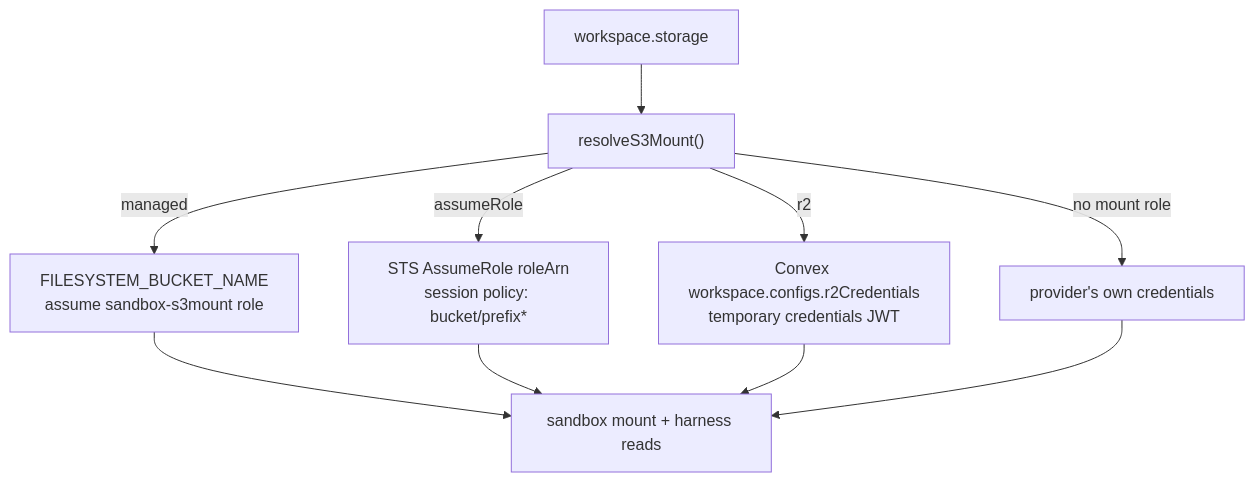
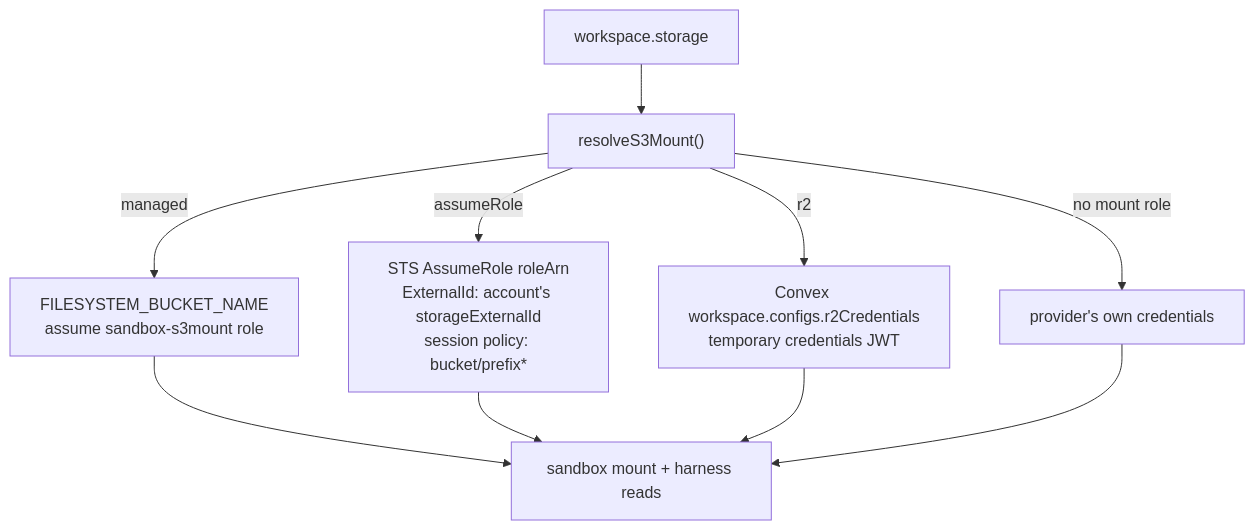
One commit to beeblastco/broods changed the fourth of 8 diagrams in apps/docs/docs/internals/storage.md. Above: the diagram before and after it, drawn with Mermaid. The commit also changed other lines of this file and 32 other files, not shown here.

First line of the commit message:
fix(workspace)!: Broods assigns the S3 assumeRole external id per account

````diff
--- a/apps/docs/docs/internals/storage.md
+++ b/apps/docs/docs/internals/storage.md
@@ -73,12 +73,12 @@
 ```mermaid
 flowchart TD
   Storage["workspace.storage"] --> Resolve["resolveS3Mount()"]
   Resolve -->|"managed"| Managed["FILESYSTEM_BUCKET_NAME<br/>assume sandbox-s3mount role"]
-  Resolve -->|"assumeRole"| STS["STS AssumeRole roleArn<br/>session policy: bucket/prefix*"]
+  Resolve -->|"assumeRole"| STS["STS AssumeRole roleArn<br/>ExternalId: account's storageExternalId<br/>session policy: bucket/prefix*"]
   Resolve -->|"r2"| Mint["Convex workspace.configs.r2Credentials<br/>temporary credentials JWT"]
   Resolve -->|"no mount role"| Prov["provider's own credentials"]
   Managed --> Use["sandbox mount + harness reads"]
   STS --> Use
   Mint --> Use
   Prov --> Use
 ```
````
